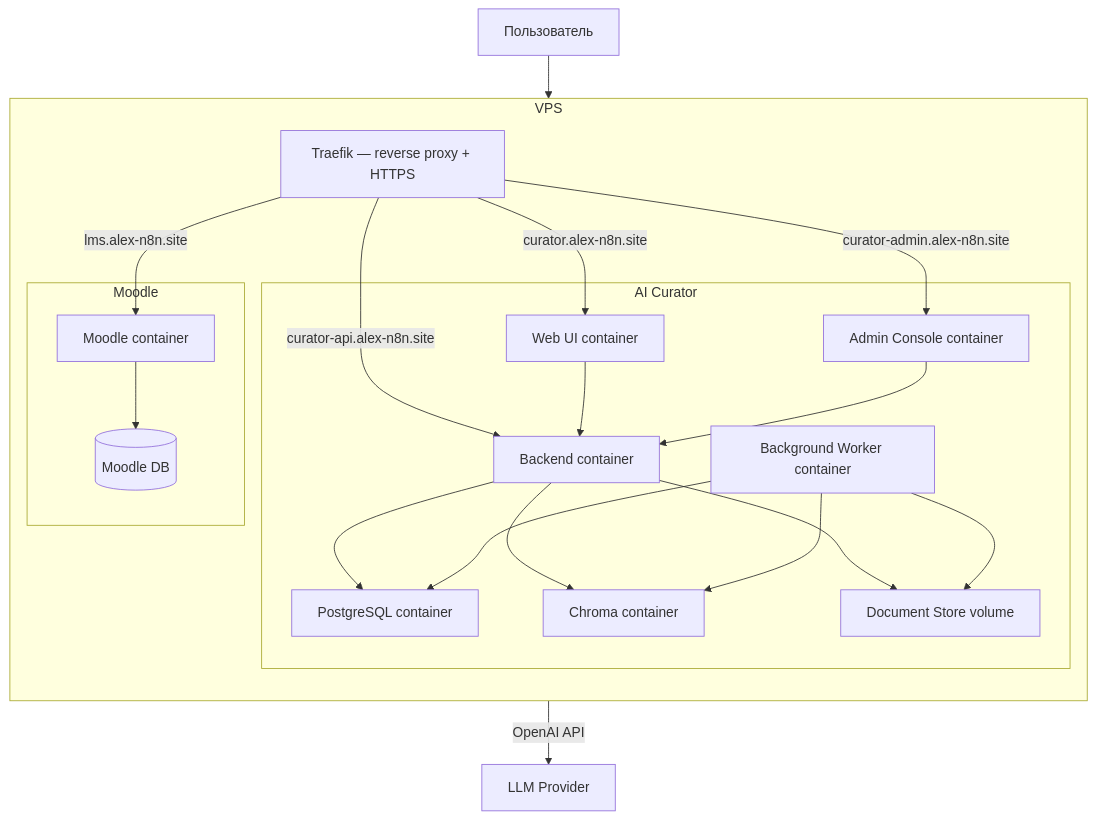
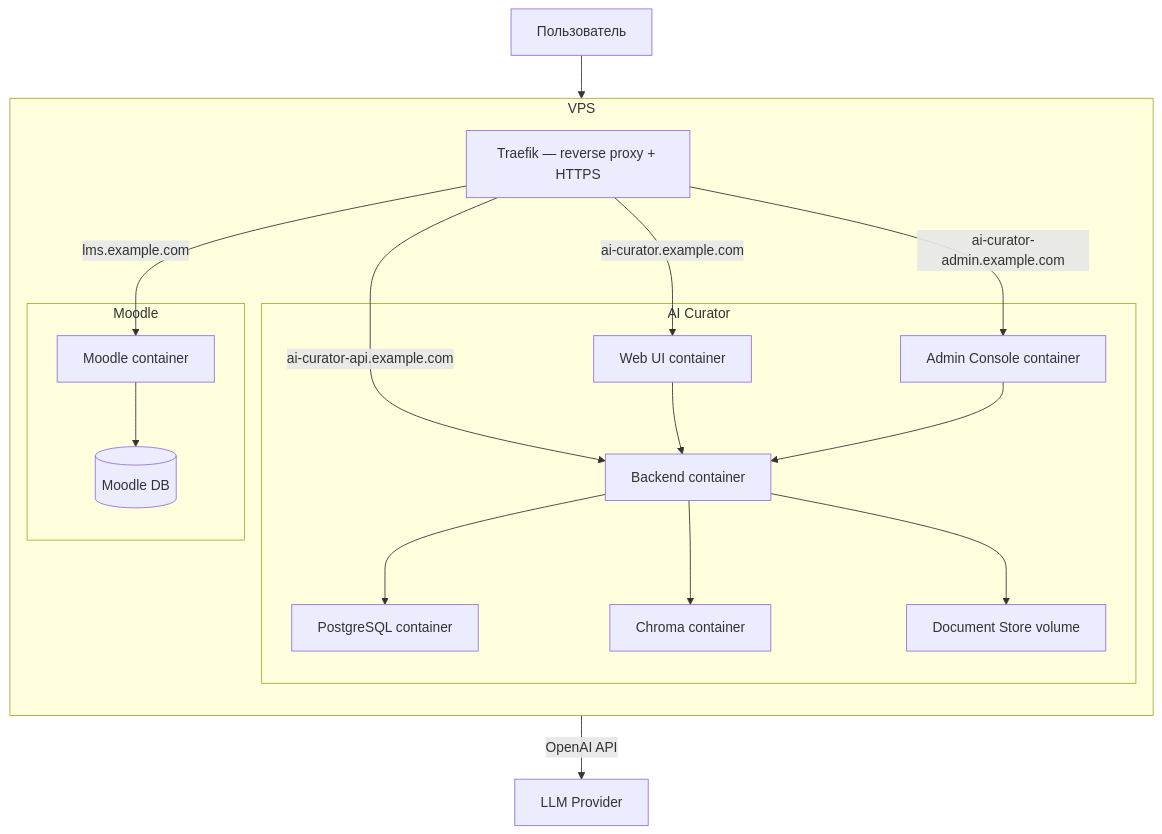
Before and after one commit to AlexLvGulyaev/AI-Curator: the eighth of 8 diagrams in docs/ARCHITECTURE.md, drawn with Mermaid. The commit also changed other lines of this file, not shown here.

First line of the commit message:
docs(ai-curator): validate and polish ARCHITECTURE.md

````diff
--- a/docs/ARCHITECTURE.md
+++ b/docs/ARCHITECTURE.md
@@ -416,40 +399,36 @@
 ```mermaid
 flowchart TB
     subgraph "VPS"
         direction TB
         Traefik[Traefik — reverse proxy + HTTPS]
 
         subgraph "AI Curator"
             WebUI3[Web UI container]
             Admin3[Admin Console container]
             Backend3[Backend container]
-            Worker3[Background Worker container]
             Chroma3[Chroma container]
             Postgres3[PostgreSQL container]
             DocStore3[Document Store volume]
         end
 
         subgraph "Moodle"
             MoodleApp[Moodle container]
             MoodleDB[(Moodle DB)]
         end
 
-        Traefik -->|curator.alex-n8n.site| WebUI3
-        Traefik -->|curator-admin.alex-n8n.site| Admin3
-        Traefik -->|curator-api.alex-n8n.site| Backend3
-        Traefik -->|lms.alex-n8n.site| MoodleApp
+        Traefik -->|ai-curator.example.com| WebUI3
+        Traefik -->|ai-curator-admin.example.com| Admin3
+        Traefik -->|ai-curator-api.example.com| Backend3
+        Traefik -->|lms.example.com| MoodleApp
 
         WebUI3 --> Backend3
         Admin3 --> Backend3
         Backend3 --> Postgres3
         Backend3 --> Chroma3
         Backend3 --> DocStore3
-        Worker3 --> Postgres3
-        Worker3 --> Chroma3
-        Worker3 --> DocStore3
         MoodleApp --> MoodleDB
     end
 
     User2[Пользователь] --> Traefik
     Backend3 -->|OpenAI API| LLM3[LLM Provider]
 ```
````
